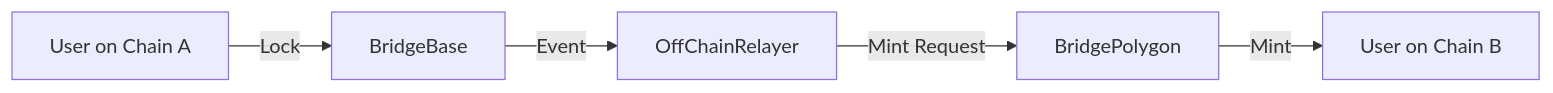
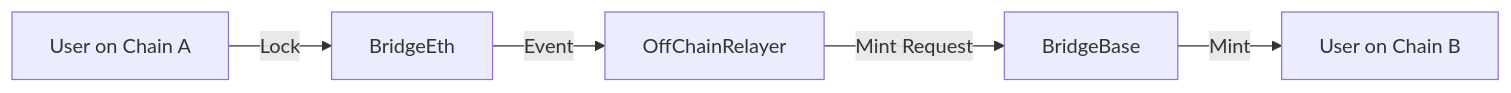
One commit to dodaa08/EVM-Bridge changed the diagram in README.md. Above: the diagram before and after it, drawn with Mermaid.

````diff
--- a/README.md
+++ b/README.md
@@ -75,7 +75,7 @@
 ```mermaid
 flowchart LR
-    User1[User on Chain A] -- Lock --> BridgeA[BridgeBase]
+    User1[User on Chain A] -- Lock --> BridgeA[BridgeEth]
     BridgeA -- Event --> OffChainRelayer
-    OffChainRelayer -- Mint Request --> BridgeB[BridgePolygon]
+    OffChainRelayer -- Mint Request --> BridgeB[BridgeBase]
     BridgeB -- Mint --> User2[User on Chain B]
 ```
````
